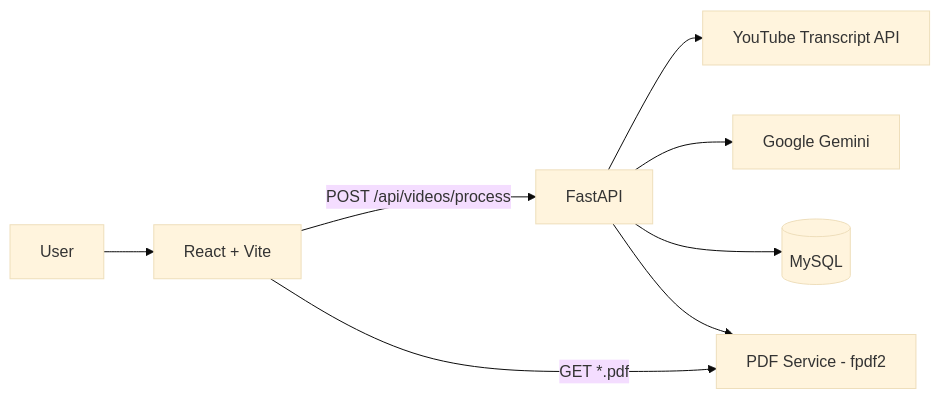
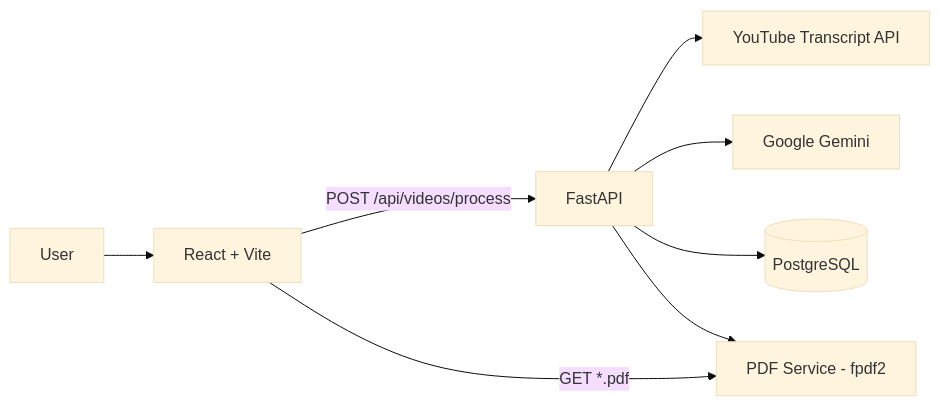
Before and after one commit to saisankeerth27/VideoMind_Ai: the diagram in README.md, drawn with Mermaid (base theme). The commit also changed other lines of this file and 14 other files, not shown here.

Commit message:
Migrate MySQL to PostgreSQL + Render/Vercel deployment configs

````diff
--- a/README.md
+++ b/README.md
@@ -29,10 +29,10 @@
 ```mermaid
 flowchart LR
     U[User] --> F[React + Vite]
     F -->|POST /api/videos/process| B[FastAPI]
     B --> Y[YouTube Transcript API]
     B --> G[Google Gemini]
-    B --> D[(MySQL)]
+    B --> D[(PostgreSQL)]
     B --> P[PDF Service - fpdf2]
     F -->|GET *.pdf| P
 ```
````
